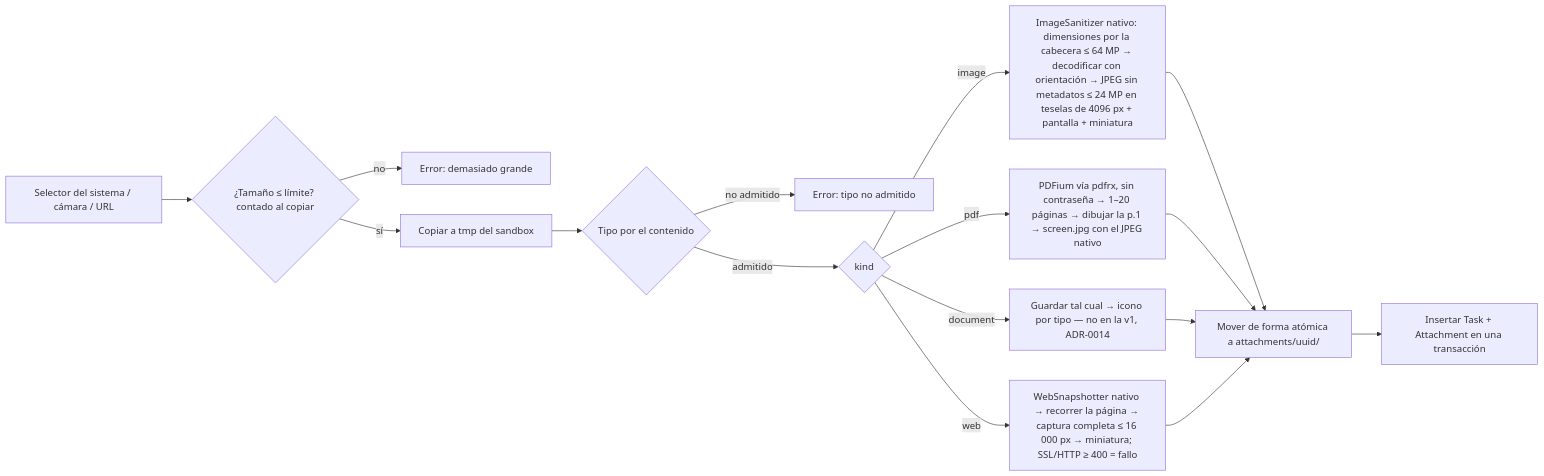
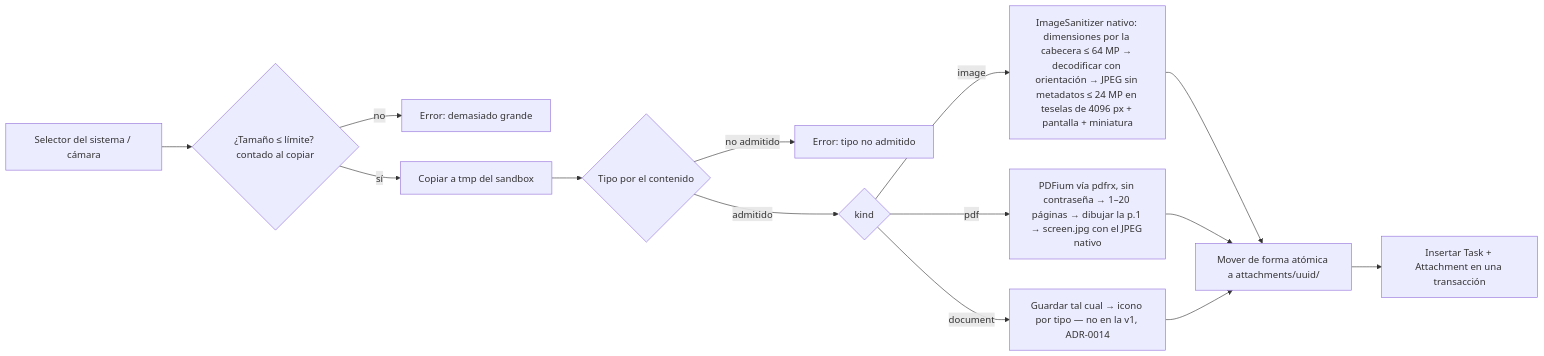
Before and after one commit to svallev/una: the fourth of 4 diagrams in docs/architecture.md, drawn with Mermaid. The commit also changed other lines of this file and 116 other files, not shown here.

First line of the commit message:
feat(009): URL attachments (#17)

````diff
--- a/docs/architecture.md
+++ b/docs/architecture.md
@@ -159,15 +161,14 @@
 ```mermaid
 flowchart LR
-  A[Selector del sistema / cámara / URL] --> C{¿Tamaño ≤ límite? contado al copiar}
+  A[Selector del sistema / cámara] --> C{¿Tamaño ≤ límite? contado al copiar}
   C -- no --> Y[Error: demasiado grande]
   C -- sí --> D[Copiar a tmp del sandbox]
   D --> B{Tipo por el contenido}
   B -- no admitido --> X[Error: tipo no admitido]
   B -- admitido --> E{kind}
   E -- image --> F[ImageSanitizer nativo: dimensiones por la cabecera ≤ 64 MP → decodificar con orientación → JPEG sin metadatos ≤ 24 MP en teselas de 4096 px + pantalla + miniatura]
   E -- pdf --> G[PDFium vía pdfrx, sin contraseña → 1–20 páginas → dibujar la p.1 → screen.jpg con el JPEG nativo]
   E -- document --> H[Guardar tal cual → icono por tipo — no en la v1, ADR-0014]
-  E -- web --> I[WebSnapshotter nativo → recorrer la página → captura completa ≤ 16 000 px → miniatura; SSL/HTTP ≥ 400 = fallo]
-  F & G & H & I --> J[Mover de forma atómica a attachments/uuid/]
+  F & G & H --> J[Mover de forma atómica a attachments/uuid/]
   J --> K[Insertar Task + Attachment en una transacción]
 ```
````
